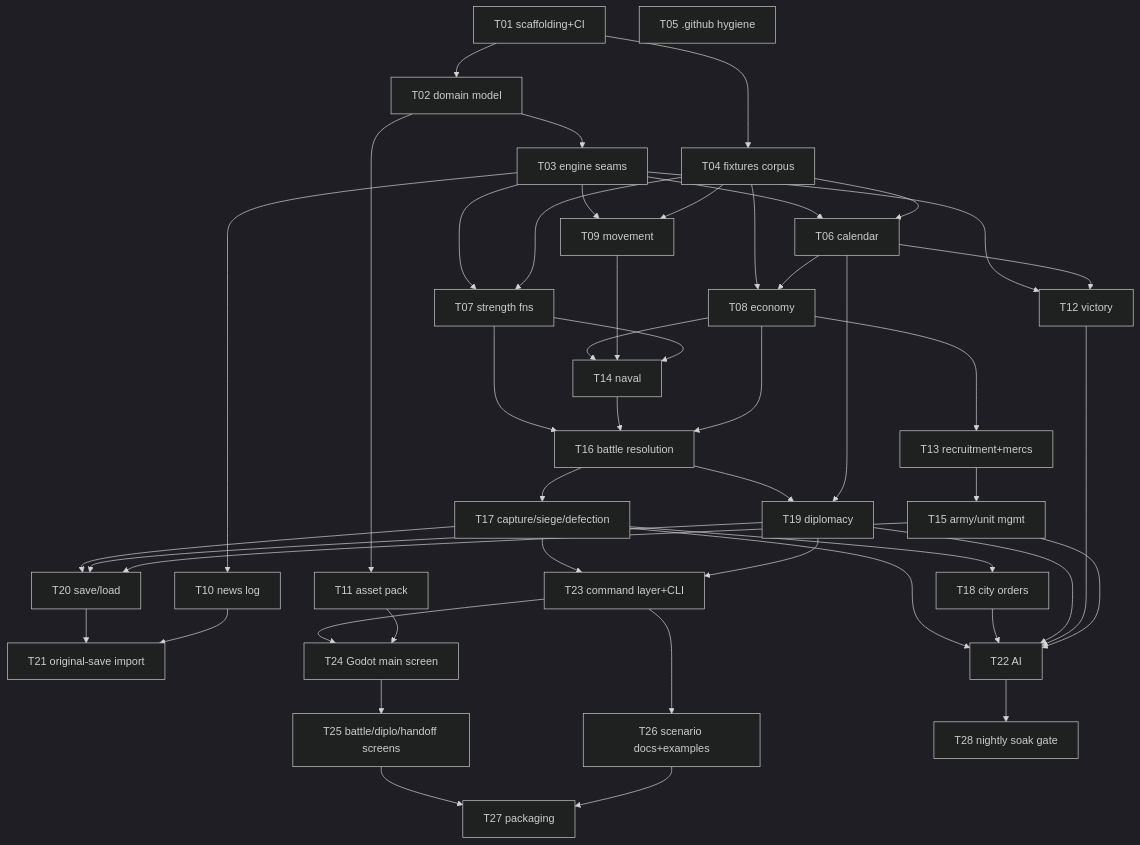
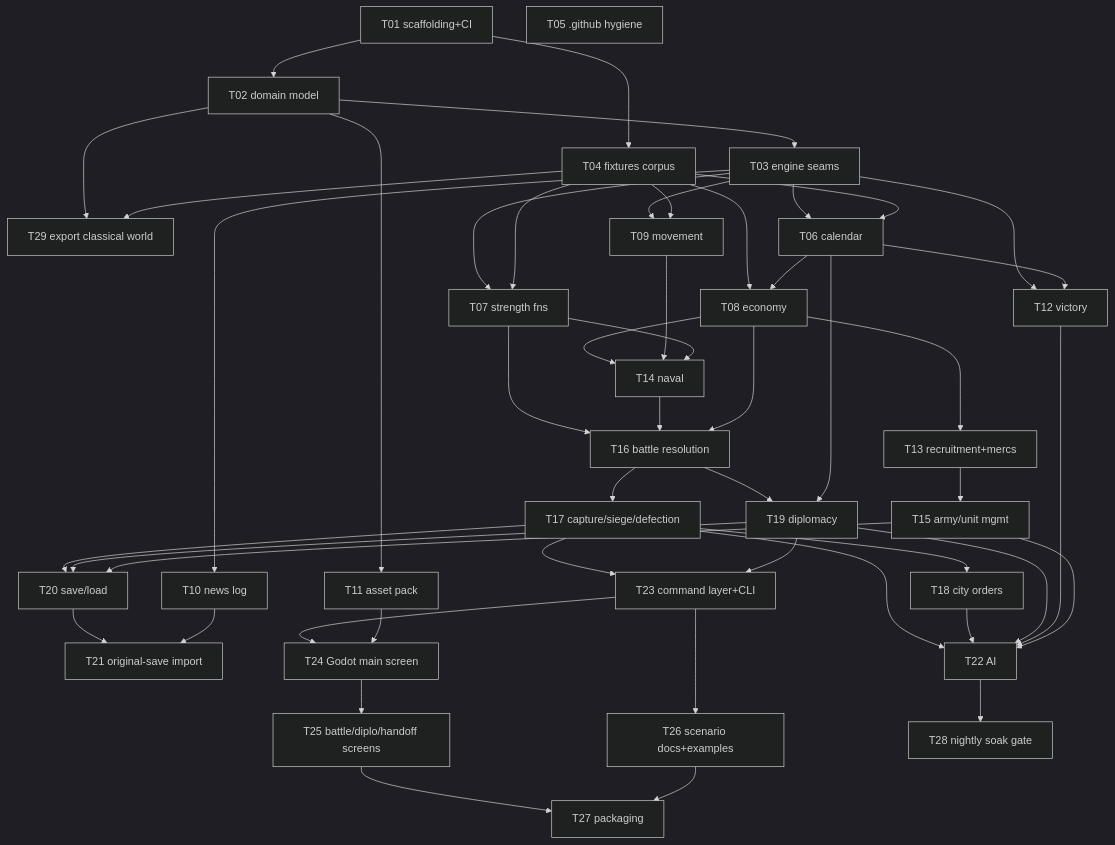
The diagram in docs/build-orchestration-plan.md (diegoami/imperial_conquest_2), drawn with Mermaid (dark theme) before and after one commit. The commit also changed other lines of this file, not shown here.

First line of the commit message:
Add T29: export the shipped classical-mediterranean world and ruleset

````diff
--- a/docs/build-orchestration-plan.md
+++ b/docs/build-orchestration-plan.md
@@ -152,55 +152,57 @@
 ```mermaid
 graph TD
   T01[T01 scaffolding+CI] --> T02[T02 domain model]
   T01 --> T04[T04 fixtures corpus]
   T02 --> T03[T03 engine seams]
+  T02 --> T29[T29 export classical world]
+  T04 --> T29
   T05[T05 .github hygiene]
 
   T03 --> T06[T06 calendar]
   T03 --> T07[T07 strength fns]
   T03 --> T09[T09 movement]
   T03 --> T10[T10 news log]
   T02 --> T11[T11 asset pack]
   T03 --> T12[T12 victory]
   T04 --> T06
   T04 --> T07
   T04 --> T08[T08 economy]
   T04 --> T09
   T06 --> T08
   T06 --> T12
 
   T08 --> T13[T13 recruitment+mercs]
   T08 --> T14[T14 naval]
   T09 --> T14
   T07 --> T14
   T13 --> T15[T15 army/unit mgmt]
   T07 --> T16[T16 battle resolution]
   T14 --> T16
   T08 --> T16
 
   T16 --> T17[T17 capture/siege/defection]
   T16 --> T19[T19 diplomacy]
   T06 --> T19
   T17 --> T18[T18 city orders]
   T17 --> T20[T20 save/load]
   T19 --> T20
   T15 --> T20
   T20 --> T21[T21 original-save import]
   T10 --> T21
 
   T17 --> T22[T22 AI]
   T18 --> T22
   T19 --> T22
   T12 --> T22
   T15 --> T22
 
   T17 --> T23[T23 command layer+CLI]
   T19 --> T23
   T23 --> T24[T24 Godot main screen]
   T11 --> T24
   T24 --> T25[T25 battle/diplo/handoff screens]
   T23 --> T26[T26 scenario docs+examples]
   T22 --> T28[T28 nightly soak gate]
   T25 --> T27[T27 packaging]
   T26 --> T27
 ```
````
